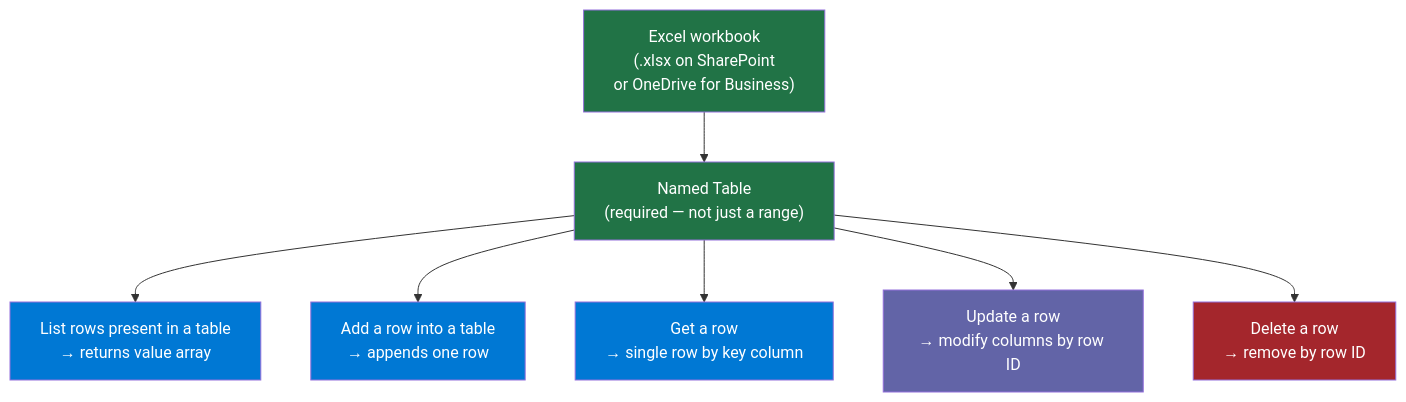
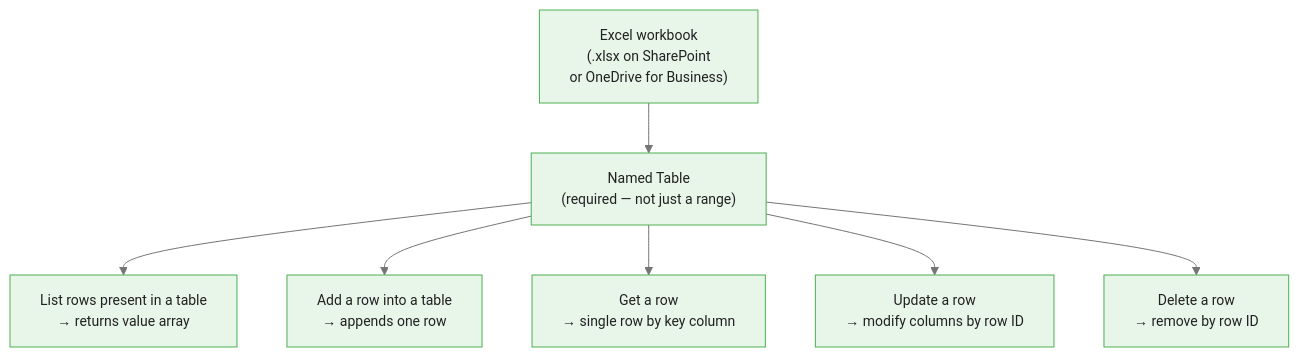
The first of 7 diagrams in courses/power-automate/modules/module_05_sharepoint_excel/guides/02_excel_integration_slides.md (m-deane/course-creator), drawn with Mermaid before and after one commit. The commit also changed other lines of this file and 72 other files, not shown here.

````diff
--- a/courses/power-automate/modules/module_05_sharepoint_excel/guides/02_excel_integration_slides.md
+++ b/courses/power-automate/modules/module_05_sharepoint_excel/guides/02_excel_integration_slides.md
@@ -24,17 +26,11 @@
 ```mermaid
+%%{init: {"theme": "base", "themeVariables": {"primaryColor": "#e8f5e9", "primaryBorderColor": "#4caf50", "primaryTextColor": "#212121", "secondaryColor": "#e3f2fd", "tertiaryColor": "#fff8e1", "lineColor": "#757575", "fontFamily": "Inter, sans-serif", "fontSize": "14px"}}}%%
 graph TD
     WB["Excel workbook\n(.xlsx on SharePoint\nor OneDrive for Business)"]
     WB --> TB["Named Table\n(required — not just a range)"]
     TB --> LR["List rows present in a table\n→ returns value array"]
     TB --> AR["Add a row into a table\n→ appends one row"]
     TB --> GR["Get a row\n→ single row by key column"]
     TB --> UR["Update a row\n→ modify columns by row ID"]
     TB --> DR["Delete a row\n→ remove by row ID"]
-    style WB fill:#217346,color:#fff
-    style TB fill:#217346,color:#fff
-    style LR fill:#0078D4,color:#fff
-    style AR fill:#0078D4,color:#fff
-    style GR fill:#0078D4,color:#fff
-    style UR fill:#6264A7,color:#fff
-    style DR fill:#A4262C,color:#fff
 ```
````
